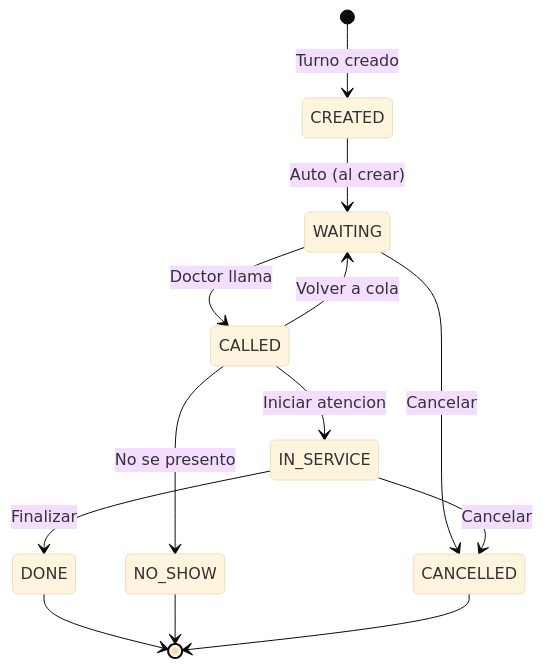
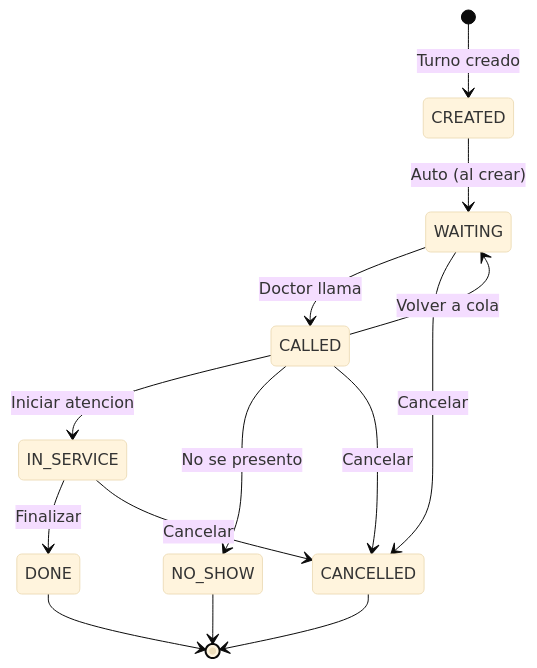
Before and after one commit to monroyhd/app-turnos: the second of 13 diagrams in bitacora/diagrama.md, drawn with Mermaid (base theme). The commit also changed 15 other files, not shown here.

````diff
--- a/bitacora/diagrama.md
+++ b/bitacora/diagrama.md
@@ -49,15 +49,16 @@
 ```mermaid
 stateDiagram-v2
     [*] --> CREATED: Turno creado
     CREATED --> WAITING: Auto (al crear)
     WAITING --> CALLED: Doctor llama
     WAITING --> CANCELLED: Cancelar
     CALLED --> IN_SERVICE: Iniciar atencion
     CALLED --> NO_SHOW: No se presento
     CALLED --> WAITING: Volver a cola
+    CALLED --> CANCELLED: Cancelar
     IN_SERVICE --> DONE: Finalizar
     IN_SERVICE --> CANCELLED: Cancelar
     DONE --> [*]
     NO_SHOW --> [*]
     CANCELLED --> [*]
 ```
````
